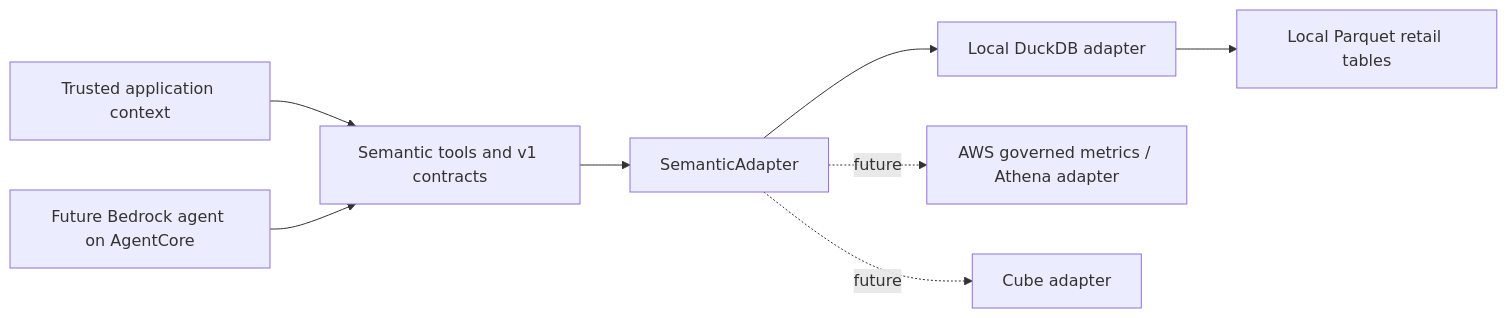
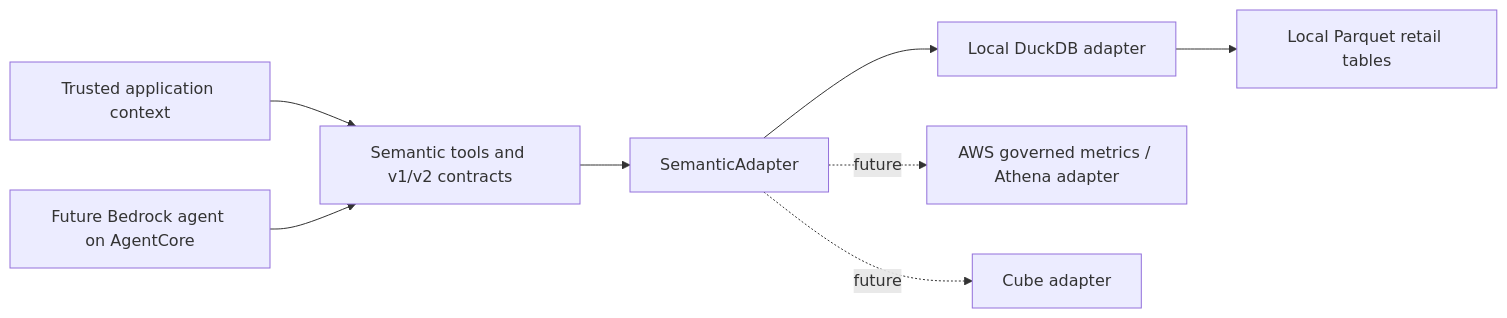
Before and after one commit to sureshkm-ai/enterprise-analytics-agent: the diagram in docs/architecture.md, drawn with Mermaid. The commit also changed other lines of this file and 18 other files, not shown here.

````diff
--- a/docs/architecture.md
+++ b/docs/architecture.md
@@ -5,10 +5,10 @@
 ```mermaid
 flowchart LR
-    App[Trusted application context] --> Tools[Semantic tools and v1 contracts]
+    App[Trusted application context] --> Tools[Semantic tools and v1/v2 contracts]
     Agent[Future Bedrock agent on AgentCore] --> Tools
     Tools --> Interface[SemanticAdapter]
     Interface --> Local[Local DuckDB adapter]
     Interface -. future .-> Athena[AWS governed metrics / Athena adapter]
     Interface -. future .-> Cube[Cube adapter]
     Local --> Data[Local Parquet retail tables]
 ```
````
